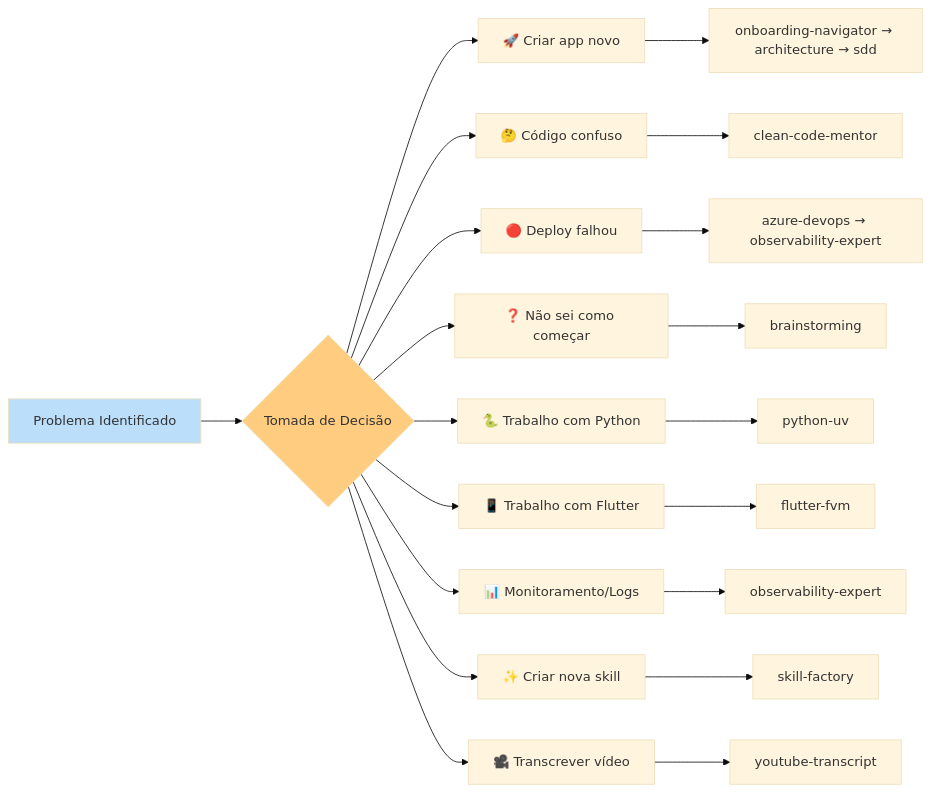
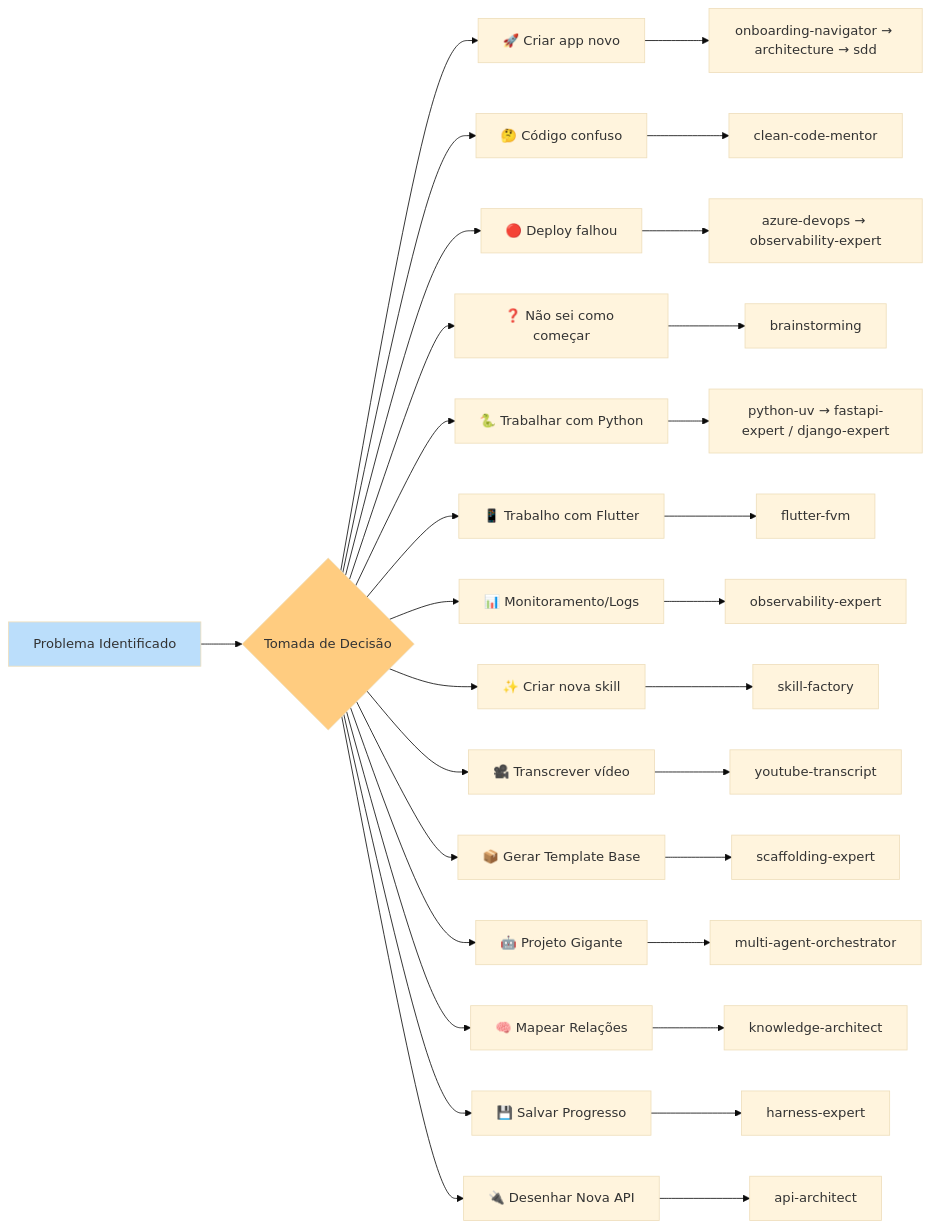
One commit to KlebersonCollab/skills changed the second of 2 diagrams in onboarding-navigator/references/skills-catalog.md. Above: the diagram before and after it, drawn with Mermaid (base theme). The commit also changed other lines of this file and 24 other files, not shown here.

````diff
--- a/onboarding-navigator/references/skills-catalog.md
+++ b/onboarding-navigator/references/skills-catalog.md
@@ -87,27 +95,37 @@
 ```mermaid
 flowchart LR
     Problem[Problema Identificado] --> Decision{Tomada de Decisão}
     
     Decision --> NewApp["🚀 Criar app novo"]
     Decision --> CodeSmell["🤔 Código confuso"]
     Decision --> DeployFailed["🔴 Deploy falhou"]
     Decision --> NoIdea["❓ Não sei como começar"]
-    Decision --> PythonTask["🐍 Trabalho com Python"]
+    Decision --> PythonTask["🐍 Trabalhar com Python"]
     Decision --> FlutterTask["📱 Trabalho com Flutter"]
     Decision --> Monitor["📊 Monitoramento/Logs"]
     Decision --> NewSkill["✨ Criar nova skill"]
     Decision --> YoutubeVid["🎥 Transcrever vídeo"]
+    Decision --> Scaffold["📦 Gerar Template Base"]
+    Decision --> Orchestrate["🤖 Projeto Gigante"]
+    Decision --> MapKnowledge["🧠 Mapear Relações"]
+    Decision --> SaveState["💾 Salvar Progresso"]
+    Decision --> NewAPI["🔌 Desenhar Nova API"]
     
     NewApp --> Path1[onboarding-navigator → architecture → sdd]
     CodeSmell --> Path2[clean-code-mentor]
     DeployFailed --> Path3[azure-devops → observability-expert]
     NoIdea --> Path4[brainstorming]
-    PythonTask --> Path5[python-uv]
+    PythonTask --> Path5[python-uv → fastapi-expert / django-expert]
     FlutterTask --> Path6[flutter-fvm]
     Monitor --> Path7[observability-expert]
     NewSkill --> Path8[skill-factory]
     YoutubeVid --> Path9[youtube-transcript]
+    Scaffold --> Path10[scaffolding-expert]
+    Orchestrate --> Path11[multi-agent-orchestrator]
+    MapKnowledge --> Path12[knowledge-architect]
+    SaveState --> Path13[harness-expert]
+    NewAPI --> Path14[api-architect]
     
     style Problem fill:#bbdefb
     style Decision fill:#ffcc80
 ```
````
